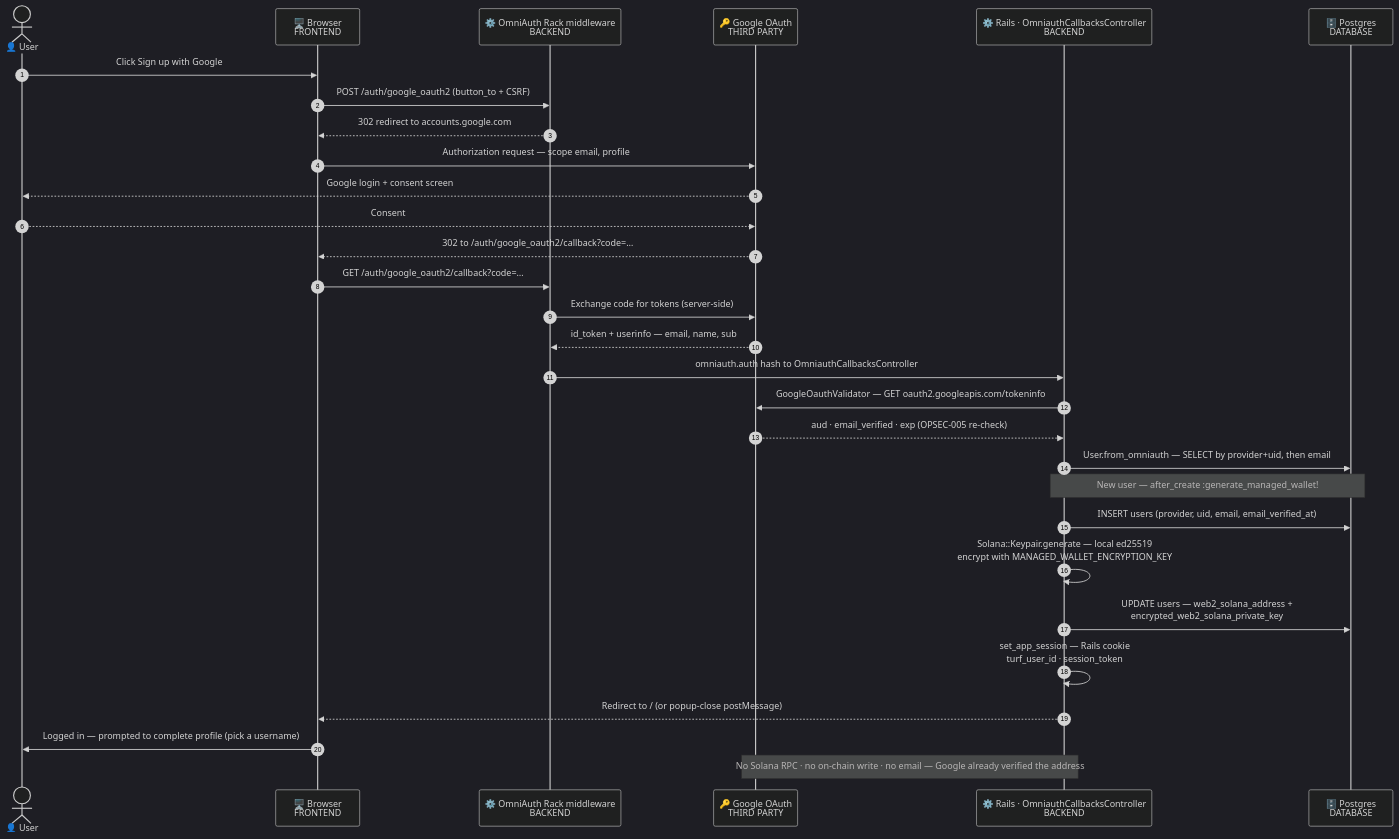
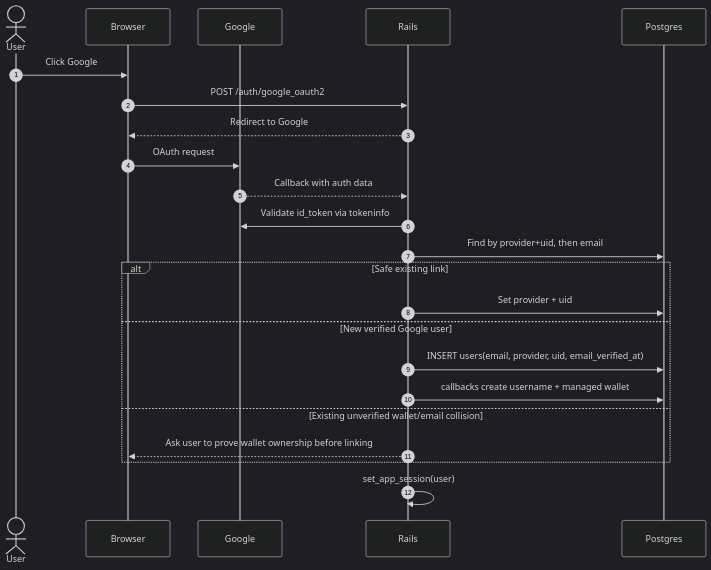
The second of 3 diagrams in docs/SIGNUP_FLOWS.md (amcritchie/turf-monster), drawn with Mermaid (dark theme) before and after one commit. The commit also changed other lines of this file and 12 other files, not shown here.

````diff
--- a/docs/SIGNUP_FLOWS.md
+++ b/docs/SIGNUP_FLOWS.md
@@ -130,34 +112,26 @@
 ```mermaid
 sequenceDiagram
     autonumber
-    actor U as 👤 User
-    participant FE as 🖥️ Browser<br/>FRONTEND
-    participant MW as ⚙️ OmniAuth Rack middleware<br/>BACKEND
-    participant GO as 🔑 Google OAuth<br/>THIRD PARTY
-    participant BE as ⚙️ Rails · OmniauthCallbacksController<br/>BACKEND
-    participant DB as 🗄️ Postgres<br/>DATABASE
+    actor U as User
+    participant FE as Browser
+    participant GO as Google
+    participant BE as Rails
+    participant DB as Postgres
 
-    U->>FE: Click Sign up with Google
-    FE->>MW: POST /auth/google_oauth2  (button_to + CSRF)
-    MW-->>FE: 302 redirect to accounts.google.com
-    FE->>GO: Authorization request — scope email, profile
-    GO-->>U: Google login + consent screen
-    U-->>GO: Consent
-    GO-->>FE: 302 to /auth/google_oauth2/callback?code=…
-    FE->>MW: GET /auth/google_oauth2/callback?code=…
-    MW->>GO: Exchange code for tokens (server-side)
-    GO-->>MW: id_token + userinfo — email, name, sub
-    MW->>BE: omniauth.auth hash to OmniauthCallbacksController#create
-    BE->>GO: GoogleOauthValidator — GET oauth2.googleapis.com/tokeninfo
-    GO-->>BE: aud · email_verified · exp  (OPSEC-005 re-check)
-    BE->>DB: User.from_omniauth — SELECT by provider+uid, then email
-    Note over BE,DB: New user — after_create :generate_managed_wallet!
-    BE->>DB: INSERT users (provider, uid, email, email_verified_at)
-    BE->>BE: Solana::Keypair.generate — local ed25519<br/>encrypt with MANAGED_WALLET_ENCRYPTION_KEY
-    BE->>DB: UPDATE users — web2_solana_address +<br/>encrypted_web2_solana_private_key
-    BE->>BE: set_app_session — Rails cookie<br/>turf_user_id · session_token
-    BE-->>FE: Redirect to / (or popup-close postMessage)
-    FE->>U: Logged in — prompted to complete profile (pick a username)
-
-    Note over GO,BE: No Solana RPC · no on-chain write · no email — Google already verified the address
+    U->>FE: Click Google
+    FE->>BE: POST /auth/google_oauth2
+    BE-->>FE: Redirect to Google
+    FE->>GO: OAuth request
+    GO-->>BE: Callback with auth data
+    BE->>GO: Validate id_token via tokeninfo
+    BE->>DB: Find by provider+uid, then email
+    alt Safe existing link
+        BE->>DB: Set provider + uid
+    else New verified Google user
+        BE->>DB: INSERT users(email, provider, uid, email_verified_at)
+        BE->>DB: callbacks create username + managed wallet
+    else Existing unverified wallet/email collision
+        BE-->>FE: Ask user to prove wallet ownership before linking
+    end
+    BE->>BE: set_app_session(user)
 ```
````
